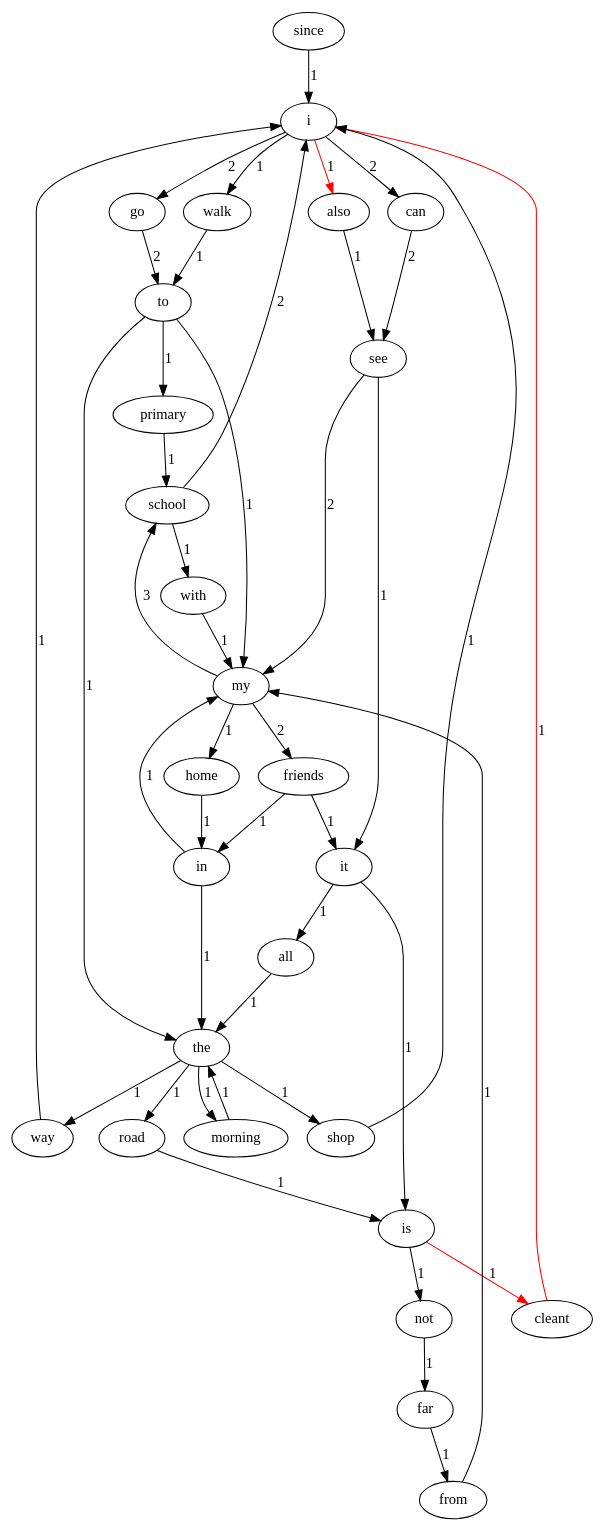
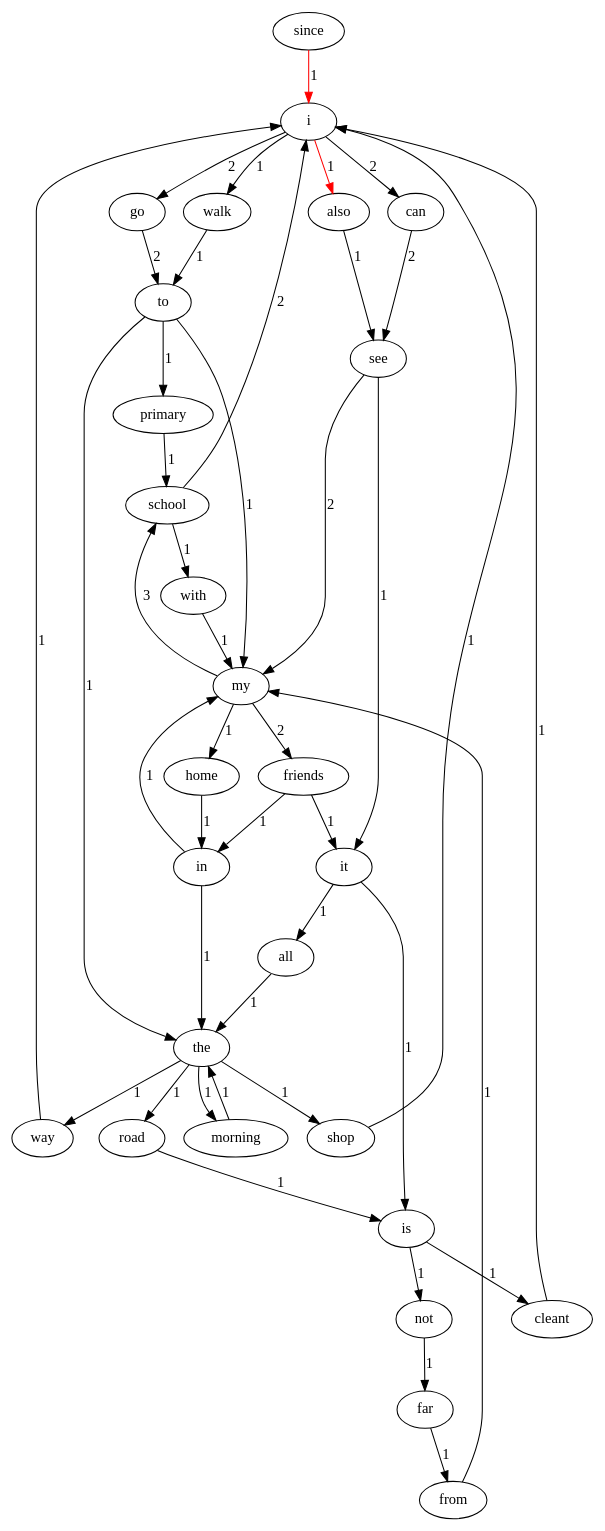
Before and after one commit to CheeseInTrap/Lab1: the diagram in dotsource.dot, drawn with Graphviz. The commit also changed 3 other files, not shown here.

```diff
--- a/dotsource.dot
+++ b/dotsource.dot
@@ -1,2 +1,2 @@
 digraph G {
-since->i[label="1"];i->go[label="2"];i->walk[label="1"];i->can[label="2"];i->also[color="red"][label="1"];go->to[label="2"];to->primary[label="1"];to->my[label="1"];to->the[label="1"];primary->school[label="1"];school->i[label="2"];school->with[label="1"];walk->to[label="1"];my->school[label="3"];my->friends[label="2"];my->home[label="1"];with->my[label="1"];friends->it[label="1"];friends->in[label="1"];it->is[label="1"];it->all[label="1"];is->not[label="1"];is->cleant[color="red"][label="1"];not->far[label="1"];far->from[label="1"];from->my[label="1"];home->in[label="1"];in->my[label="1"];in->the[label="1"];the->morning[label="1"];the->road[label="1"];the->way[label="1"];the->shop[label="1"];morning->the[label="1"];road->is[label="1"];cleant->i[color="red"][label="1"];can->see[label="2"];see->my[label="2"];see->it[label="1"];all->the[label="1"];way->i[label="1"];also->see[label="1"];shop->i[label="1"];}
+since->i[color="red"][label="1"];i->go[label="2"];i->walk[label="1"];i->can[label="2"];i->also[color="red"][label="1"];go->to[label="2"];to->primary[label="1"];to->my[label="1"];to->the[label="1"];primary->school[label="1"];school->i[label="2"];school->with[label="1"];walk->to[label="1"];my->school[label="3"];my->friends[label="2"];my->home[label="1"];with->my[label="1"];friends->it[label="1"];friends->in[label="1"];it->is[label="1"];it->all[label="1"];is->not[label="1"];is->cleant[label="1"];not->far[label="1"];far->from[label="1"];from->my[label="1"];home->in[label="1"];in->my[label="1"];in->the[label="1"];the->morning[label="1"];the->road[label="1"];the->way[label="1"];the->shop[label="1"];morning->the[label="1"];road->is[label="1"];cleant->i[label="1"];can->see[label="2"];see->my[label="2"];see->it[label="1"];all->the[label="1"];way->i[label="1"];also->see[label="1"];shop->i[label="1"];}
```
